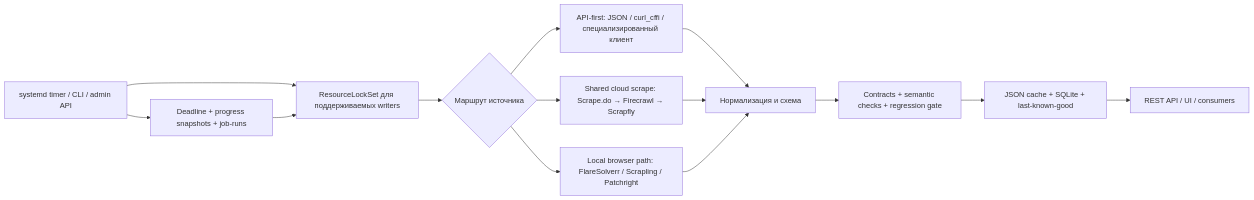
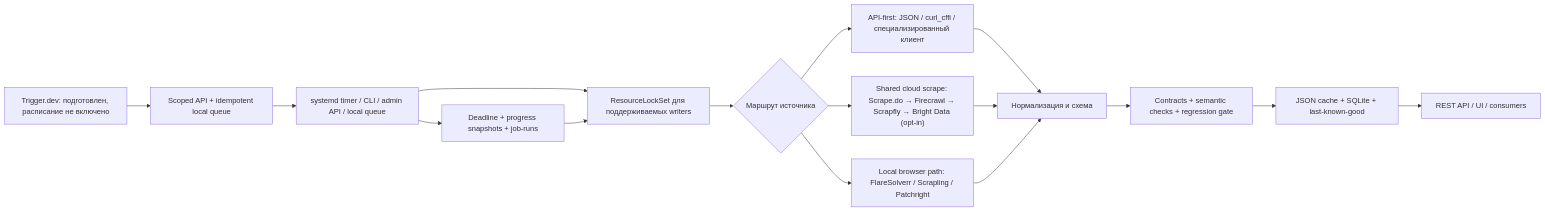
Before and after one commit to Manacost-Labs/api.kolodahearthstone.com: the diagram in README.md, drawn with Mermaid. The commit also changed other lines of this file and 99 other files, not shown here.

````diff
--- a/README.md
+++ b/README.md
@@ -45,16 +45,18 @@
 ```mermaid
 flowchart LR
-    Start["systemd timer / CLI / admin API"] --> Lock["ResourceLockSet для поддерживаемых writers"]
+    Trigger["Trigger.dev: подготовлен, расписание не включено"] --> Orchestrator["Scoped API + idempotent local queue"]
+    Orchestrator --> Start["systemd timer / CLI / admin API / local queue"]
+    Start --> Lock["ResourceLockSet для поддерживаемых writers"]
     Lock --> Route{"Маршрут источника"}
     Route --> API["API-first: JSON / curl_cffi / специализированный клиент"]
-    Route --> Cloud["Shared cloud scrape: Scrape.do → Firecrawl → Scrapfly"]
+    Route --> Cloud["Shared cloud scrape: Scrape.do → Firecrawl → Scrapfly → Bright Data (opt-in)"]
     Route --> Browser["Local browser path: FlareSolverr / Scrapling / Patchright"]
     API --> Normalize["Нормализация и схема"]
     Cloud --> Normalize
     Browser --> Normalize
     Normalize --> Gate["Contracts + semantic checks + regression gate"]
     Gate --> Store["JSON cache + SQLite + last-known-good"]
     Store --> REST["REST API / UI / consumers"]
     Start --> Jobs["Deadline + progress snapshots + job-runs"]
     Jobs --> Lock
 ```
````
